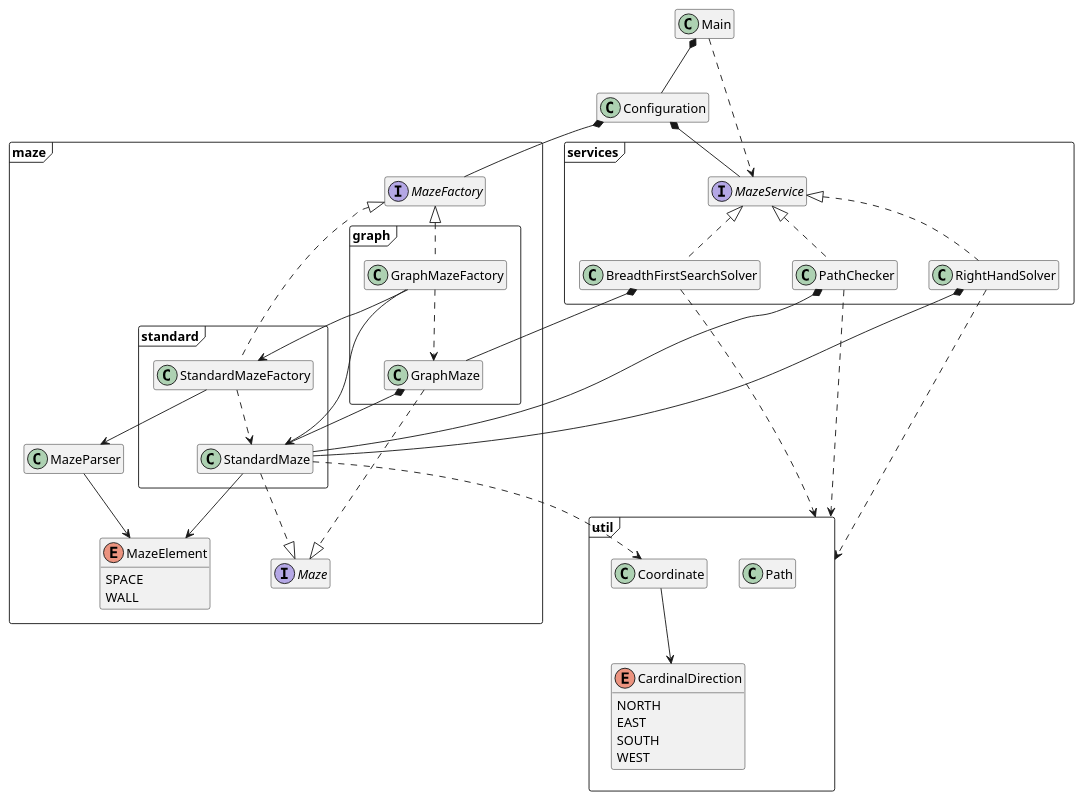
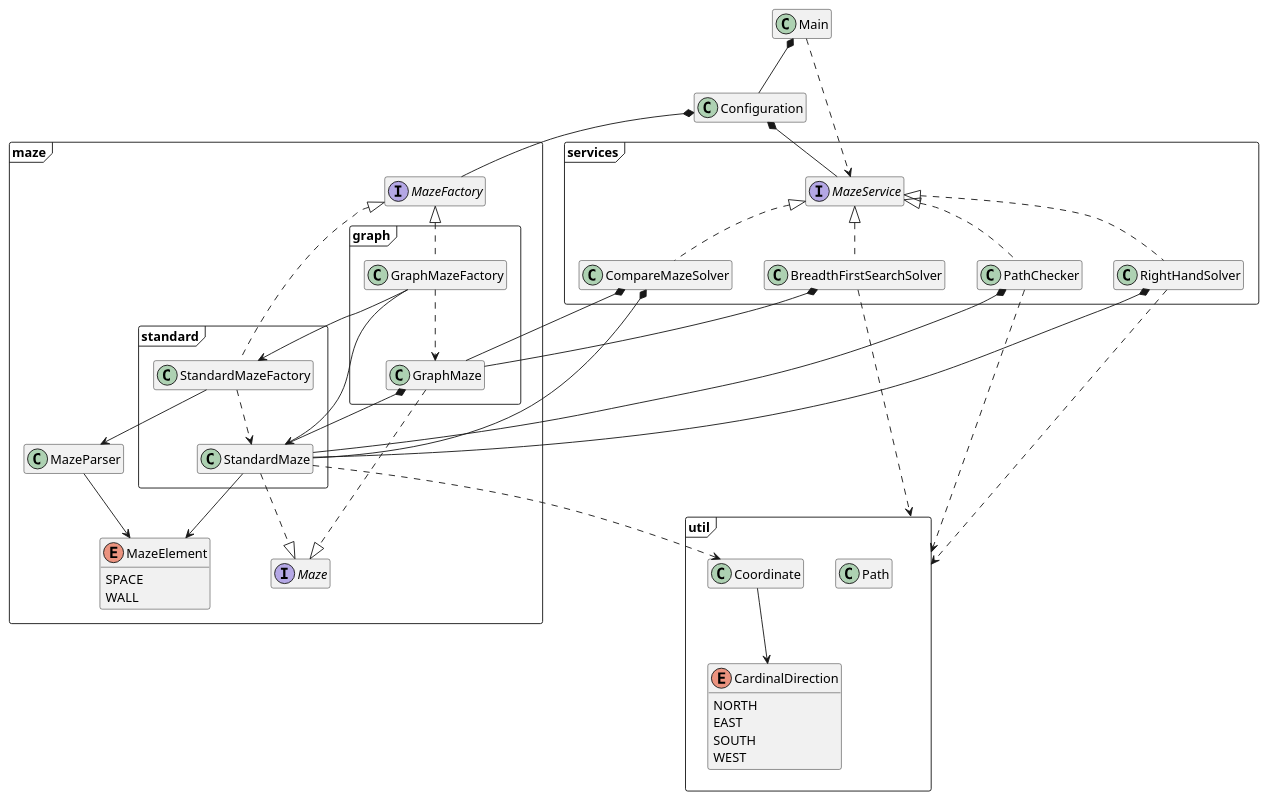
The diagram in src/uml/classDiagram.plantuml (JakieBoi77/maze-runner-assignment), drawn with PlantUML before and after one commit. The commit also changed 7 other files, not shown here.

Commit message:
Fixed some bugs and updated uml diagrams

```diff
--- a/src/uml/classDiagram.plantuml
+++ b/src/uml/classDiagram.plantuml
@@ -1,70 +1,73 @@
 @startuml High Level Class Diagram
 hide empty members
 
 package util <<Frame>> {
     class Path
     class Coordinate
     enum CardinalDirection{
         NORTH
         EAST
         SOUTH
         WEST
     }
     Coordinate --> CardinalDirection
 }
 
 package maze <<Frame>> {
     enum MazeElement{
         SPACE
         WALL
     }
     interface Maze
     interface MazeFactory
     class MazeParser
     MazeParser --> MazeElement
     standard.StandardMaze --> MazeElement
 
     package standard <<Frame>> {
         class StandardMazeFactory implements maze.MazeFactory
         class StandardMaze
         StandardMazeFactory --> MazeParser
         StandardMazeFactory ..> StandardMaze
         StandardMaze ..|> Maze
         StandardMaze ..> Coordinate
     }
 
     package graph <<Frame>> {
         class GraphMazeFactory implements maze.MazeFactory
         class GraphMaze
         GraphMazeFactory --> StandardMazeFactory
         GraphMazeFactory ..> GraphMaze
         GraphMazeFactory --> StandardMaze
         GraphMaze ..|> Maze
         GraphMaze *-- StandardMaze
     }
 }
 
 package services <<Frame>> {
     interface MazeService
     class RightHandSolver implements MazeService
     RightHandSolver *-- StandardMaze
     class PathChecker implements MazeService
     PathChecker *-- StandardMaze
     class BreadthFirstSearchSolver implements MazeService
     BreadthFirstSearchSolver *-- GraphMaze
+    class CompareMazeSolver implements MazeService
+    CompareMazeSolver *-- GraphMaze
+    CompareMazeSolver *-- StandardMaze
 
     RightHandSolver ..> util
     PathChecker ..> util
     BreadthFirstSearchSolver ..> util
 }
 
 class Main
 class Configuration
 Main *-- Configuration
 Main ..> MazeService
 Configuration *-- MazeService
 Configuration *-- MazeFactory
 
 
 
 @enduml
```
